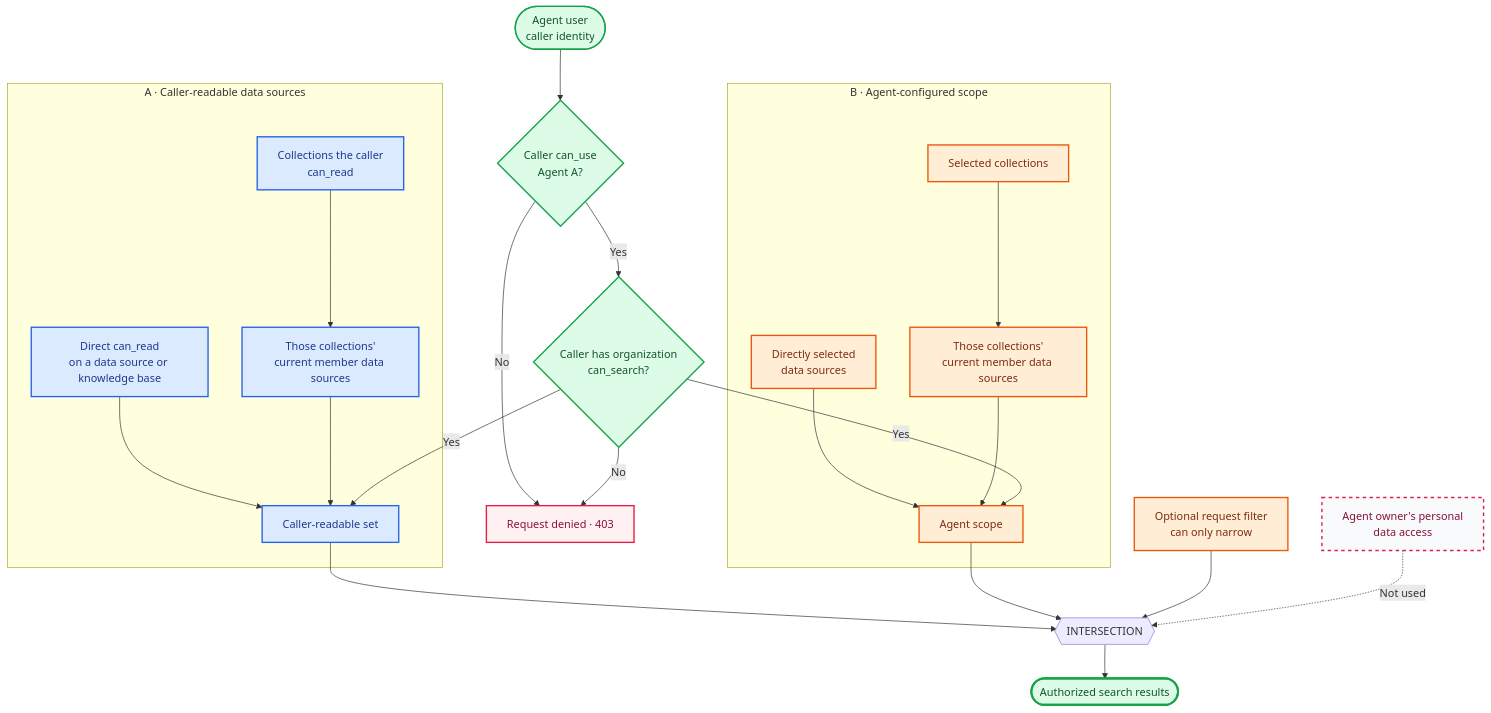
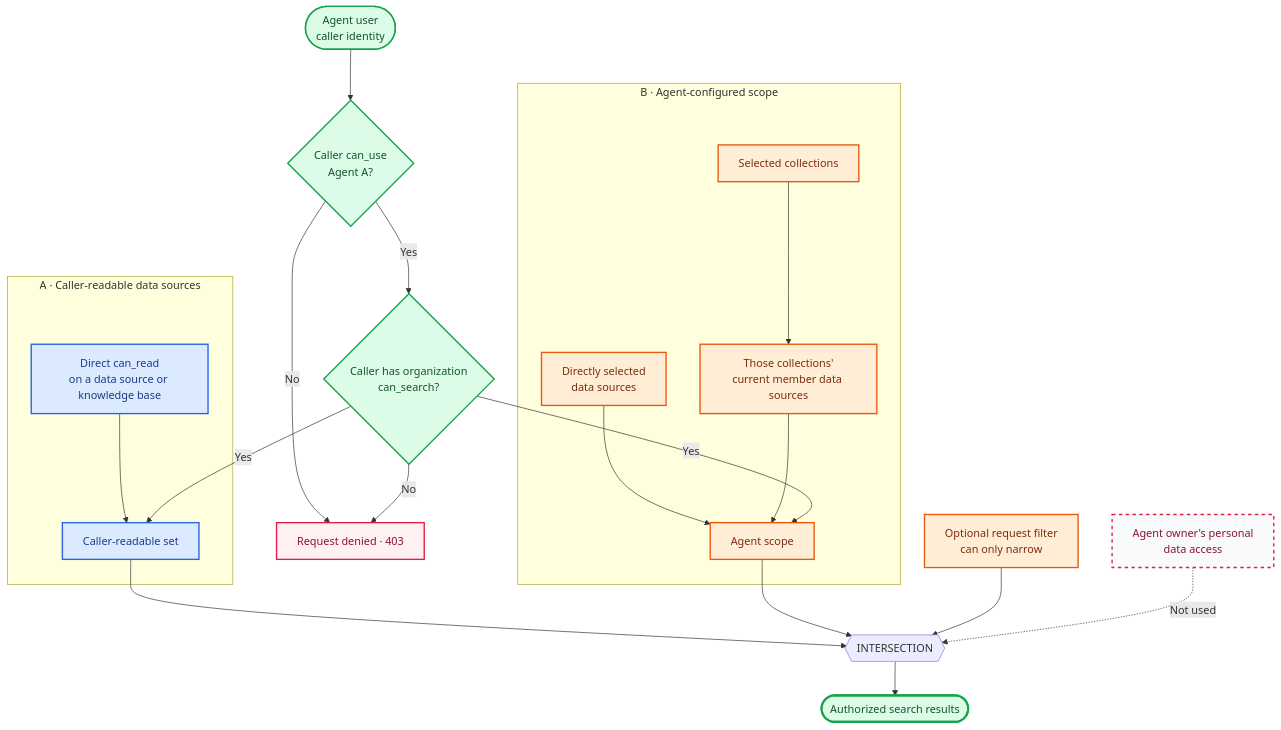
Before and after one commit to caipe-io/ai-platform-engineering: the third of 3 diagrams in docs/docs/knowledge_bases/index.md, drawn with Mermaid. The commit also changed other lines of this file and 21 other files, not shown here.

````diff
--- a/docs/docs/knowledge_bases/index.md
+++ b/docs/docs/knowledge_bases/index.md
@@ -173,53 +180,50 @@
 ```mermaid
 flowchart TB
   U(["Agent user<br/>caller identity"])
   G1{"Caller can_use<br/>Agent A?"}
   G2{"Caller has organization<br/>can_search?"}
   DENY["Request denied · 403"]
 
   U --> G1
   G1 -->|"No"| DENY
   G1 -->|"Yes"| G2
   G2 -->|"No"| DENY
 
   subgraph CALLER["A · Caller-readable data sources"]
     DIRECT["Direct can_read<br/>on a data source or knowledge base"]
-    CR["Collections the caller<br/>can_read"]
-    MEMBERS["Those collections'<br/>current member data sources"]
     READABLE["Caller-readable set"]
     DIRECT --> READABLE
-    CR --> MEMBERS --> READABLE
   end
 
   subgraph AGENT["B · Agent-configured scope"]
     ADS["Directly selected<br/>data sources"]
     AC["Selected collections"]
     ACM["Those collections'<br/>current member data sources"]
     SCOPE["Agent scope"]
     ADS --> SCOPE
     AC --> ACM --> SCOPE
   end
 
   G2 -->|"Yes"| READABLE
   G2 -->|"Yes"| SCOPE
   READABLE --> I{{"INTERSECTION"}}
   SCOPE --> I
   F["Optional request filter<br/>can only narrow"] --> I
   I --> RESULT(["Authorized search results"])
 
   OWNER["Agent owner's personal<br/>data access"] -. "Not used" .-> I
 
   classDef gate fill:#dcfce7,stroke:#16a34a,color:#14532d,stroke-width:2px
   classDef denied fill:#fff1f2,stroke:#e11d48,color:#881337,stroke-width:2px
   classDef permission fill:#dbeafe,stroke:#2563eb,color:#1e3a8a,stroke-width:2px
   classDef scope fill:#ffedd5,stroke:#ea580c,color:#7c2d12,stroke-width:2px
   classDef result fill:#dcfce7,stroke:#16a34a,color:#14532d,stroke-width:3px
   classDef excluded fill:#f8fafc,stroke:#e11d48,color:#881337,stroke-width:2px,stroke-dasharray:5 5
 
   class U,G1,G2 gate
   class DENY denied
-  class DIRECT,CR,MEMBERS,READABLE permission
+  class DIRECT,READABLE permission
   class ADS,AC,ACM,SCOPE,F scope
   class RESULT result
   class OWNER excluded
 ```
````
